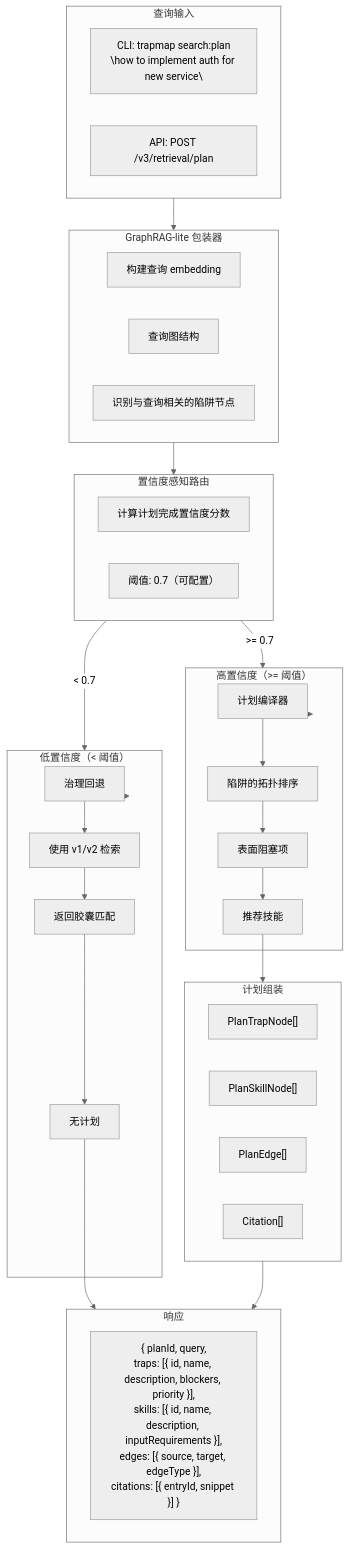
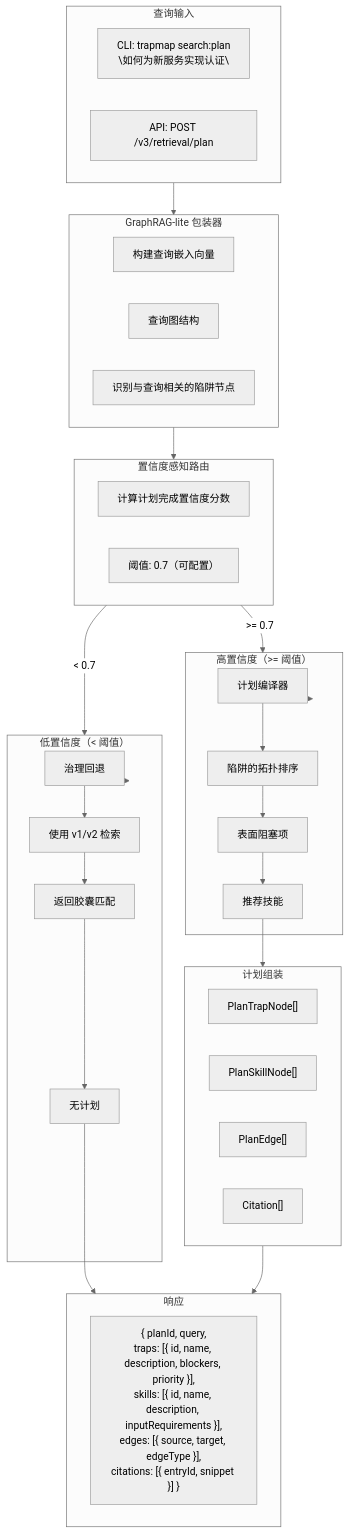
One commit to pofossette/TrapMap-for-vibing changed the seventh of 10 diagrams in docs/architecture/FLOW.md. Above: the diagram before and after it, drawn with Mermaid (neutral theme). The commit also changed other lines of this file and 31 other files, not shown here.

````diff
--- a/docs/architecture/FLOW.md
+++ b/docs/architecture/FLOW.md
@@ -337,59 +337,59 @@
 ```mermaid
 flowchart TB
-    subgraph QueryInput["查询输入"]
-        CLIQuery["CLI: trapmap search:plan\n\"how to implement auth for new service\""]
+    subgraph 查询输入["查询输入"]
+        CLIQuery["CLI: trapmap search:plan\n\"如何为新服务实现认证\""]
         APIQuery["API: POST /v3/retrieval/plan"]
     end
     
-    subgraph GraphRAGWrapper["GraphRAG-lite 包装器"]
-        BuildEmbed["构建查询 embedding"]
+    subgraph GraphRAG封装器["GraphRAG-lite 包装器"]
+        BuildEmbed["构建查询嵌入向量"]
         QueryGraph["查询图结构"]
         IdentifyTraps["识别与查询相关的陷阱节点"]
     end
     
-    subgraph ConfidenceRouting["置信度感知路由"]
+    subgraph 置信度路由["置信度感知路由"]
         CalcConfidence["计算计划完成置信度分数"]
         Threshold["阈值: 0.7（可配置）"]
     end
     
-    subgraph HighConfidence["高置信度（>= 阈值）"]
+    subgraph 高置信度["高置信度（>= 阈值）"]
         PlanCompiler["计划编译器"]
         TopoSort["陷阱的拓扑排序"]
         SurfaceBlockers["表面阻塞项"]
         RecommendSkills["推荐技能"]
     end
     
-    subgraph LowConfidence["低置信度（< 阈值）"]
+    subgraph 低置信度["低置信度（< 阈值）"]
         GovernedFallback["治理回退"]
         UseV1V2["使用 v1/v2 检索"]
         ReturnCapsule["返回胶囊匹配"]
         NoPlan["无计划"]
     end
     
-    subgraph PlanAssembly["计划组装"]
+    subgraph 计划组装["计划组装"]
         PlanNodes["PlanTrapNode[]"]
         SkillNodes["PlanSkillNode[]"]
         PlanEdges["PlanEdge[]"]
         Citations["Citation[]"]
     end
     
-    subgraph Response["响应"]
+    subgraph 响应["响应"]
         RespBody["{ planId, query,\ntraps: [{ id, name, description, blockers, priority }],\nskills: [{ id, name, description, inputRequirements }],\nedges: [{ source, target, edgeType }],\ncitations: [{ entryId, snippet }] }"]
     end
 
-    QueryInput --> GraphRAGWrapper
-    GraphRAGWrapper --> ConfidenceRouting
-    ConfidenceRouting -->|>= 0.7| HighConfidence
-    ConfidenceRouting -->|< 0.7| LowConfidence
-    HighConfidence --> PlanCompiler
+    查询输入 --> GraphRAG封装器
+    GraphRAG封装器 --> 置信度路由
+    置信度路由 -->|>= 0.7| 高置信度
+    置信度路由 -->|< 0.7| 低置信度
+    高置信度 --> PlanCompiler
     PlanCompiler --> TopoSort
     TopoSort --> SurfaceBlockers
     SurfaceBlockers --> RecommendSkills
-    RecommendSkills --> PlanAssembly
-    LowConfidence --> GovernedFallback
+    RecommendSkills --> 计划组装
+    低置信度 --> GovernedFallback
     GovernedFallback --> UseV1V2
     UseV1V2 --> ReturnCapsule
     ReturnCapsule --> NoPlan
-    NoPlan --> Response
-    PlanAssembly --> Response
+    NoPlan --> 响应
+    计划组装 --> 响应
 ```
````
